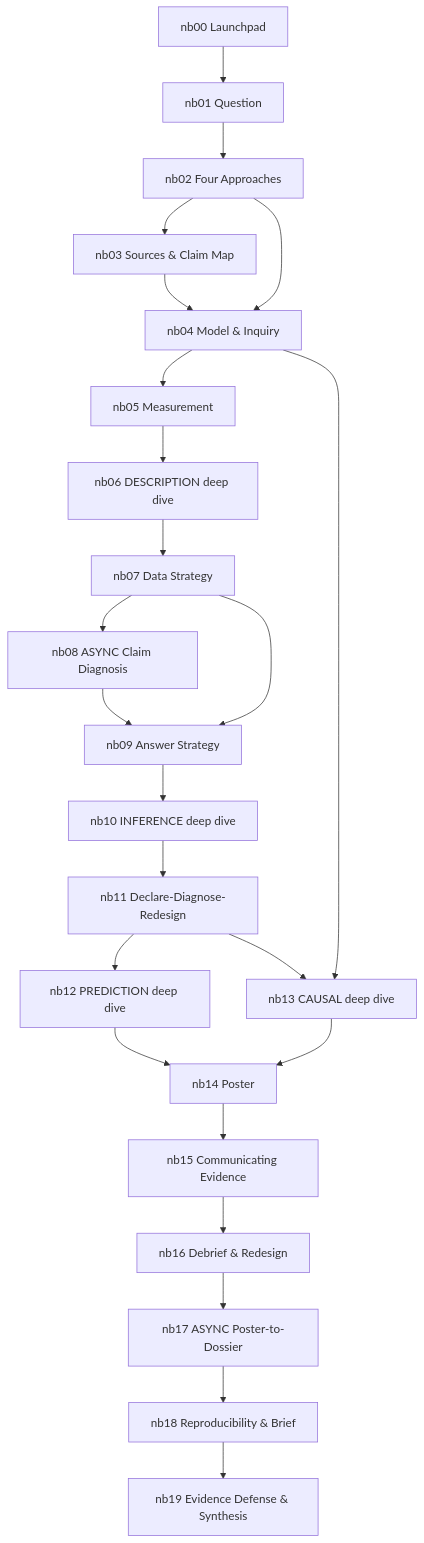
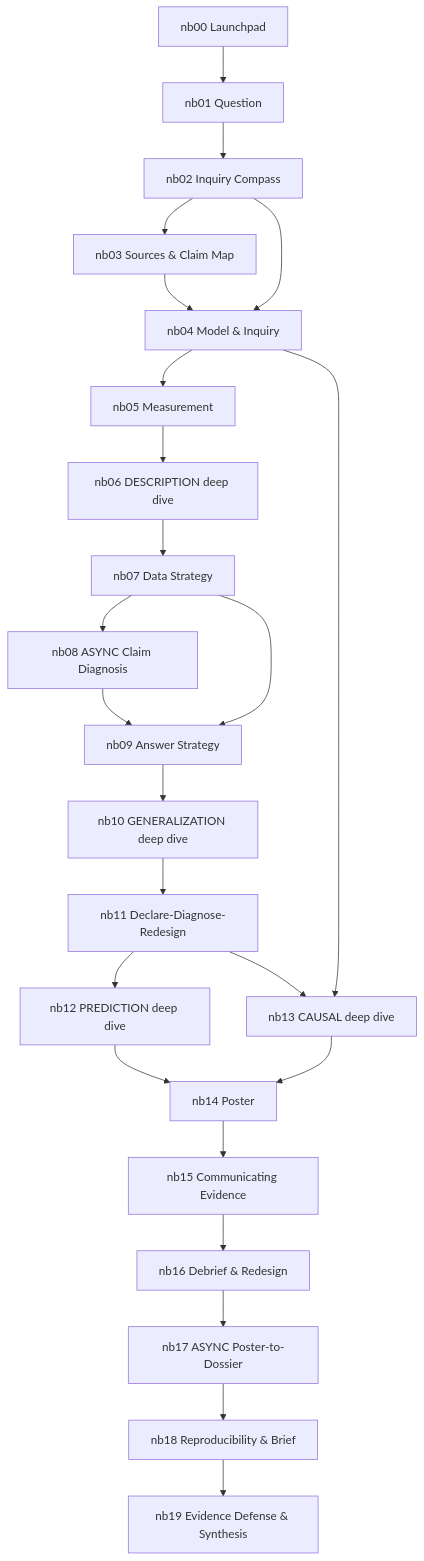
The diagram in planning/COURSE_DEPENDENCY_MAP.md (davi-moreira/2026F_evidence_driven_research_purdue_HONR464), drawn with Mermaid before and after one commit. The commit also changed other lines of this file and 59 other files, not shown here.

````diff
--- a/planning/COURSE_DEPENDENCY_MAP.md
+++ b/planning/COURSE_DEPENDENCY_MAP.md
@@ -8,26 +8,26 @@
 ```mermaid
 graph TD
     nb00[nb00 Launchpad] --> nb01[nb01 Question]
-    nb01 --> nb02[nb02 Four Approaches]
+    nb01 --> nb02[nb02 Inquiry Compass]
     nb02 --> nb03[nb03 Sources & Claim Map]
     nb02 --> nb04[nb04 Model & Inquiry]
     nb03 --> nb04
     nb04 --> nb05[nb05 Measurement]
     nb05 --> nb06[nb06 DESCRIPTION deep dive]
     nb06 --> nb07[nb07 Data Strategy]
     nb07 --> nb08[nb08 ASYNC Claim Diagnosis]
     nb07 --> nb09[nb09 Answer Strategy]
     nb08 --> nb09
-    nb09 --> nb10[nb10 INFERENCE deep dive]
+    nb09 --> nb10[nb10 GENERALIZATION deep dive]
     nb10 --> nb11[nb11 Declare-Diagnose-Redesign]
     nb11 --> nb12[nb12 PREDICTION deep dive]
     nb04 --> nb13[nb13 CAUSAL deep dive]
     nb11 --> nb13
     nb12 --> nb14[nb14 Poster]
     nb13 --> nb14
     nb14 --> nb15[nb15 Communicating Evidence]
     nb15 --> nb16[nb16 Debrief & Redesign]
     nb16 --> nb17[nb17 ASYNC Poster-to-Dossier]
     nb17 --> nb18[nb18 Reproducibility & Brief]
     nb18 --> nb19[nb19 Evidence Defense & Synthesis]
 ```
````
